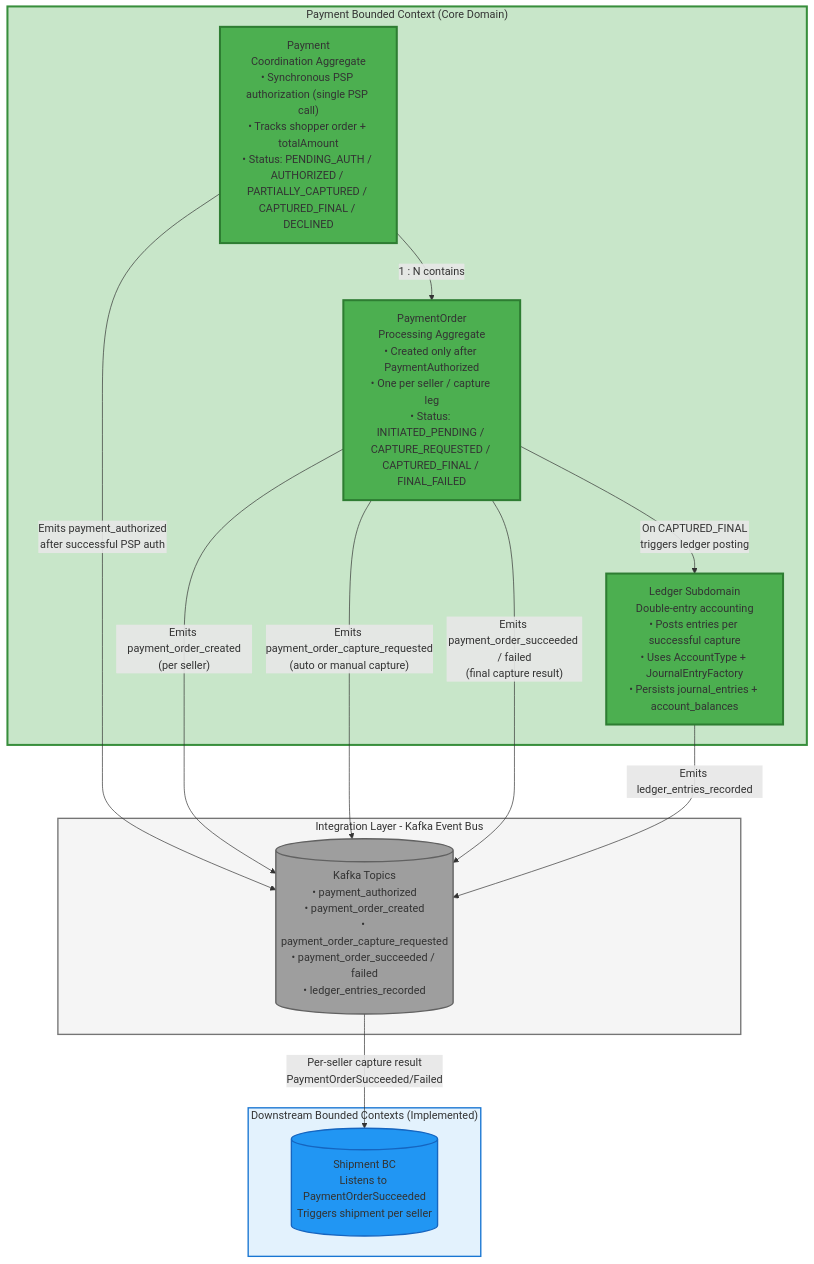
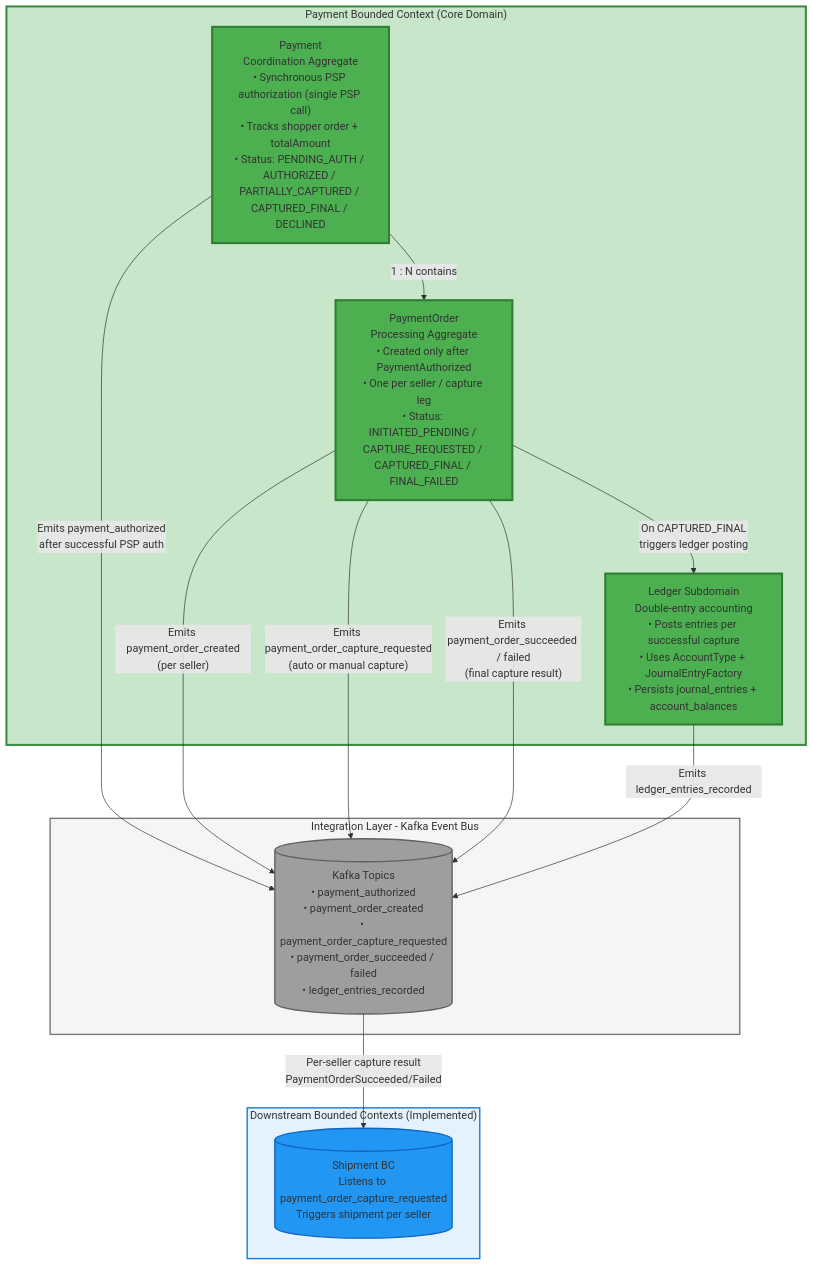
One commit to dcaglar/ecommerce-platform-kotlin changed the second of 10 diagrams in docs/architecture-internal-reader.md. Above: the diagram before and after it, drawn with Mermaid. The commit also changed other lines of this file, not shown here.

````diff
--- a/docs/architecture-internal-reader.md
+++ b/docs/architecture-internal-reader.md
@@ -89,42 +303,42 @@
 ```mermaid
 %%{init:{'theme':'default','flowchart':{'nodeSpacing':50,'rankSpacing':60}}}%%
 flowchart TB
     classDef payment fill:#4CAF50,stroke:#2E7D32,stroke-width:3px;
     classDef downstream fill:#2196F3,stroke:#1565C0,stroke-width:2px;
     classDef infrastructure fill:#9E9E9E,stroke:#616161,stroke-width:2px;
     
     subgraph Payment_BC["Payment Bounded Context (Core Domain)"]
         Payment_Agg["Payment<br/>Coordination Aggregate<br/>• Synchronous PSP authorization (single PSP call)<br/>• Tracks shopper order + totalAmount<br/>• Status: PENDING_AUTH / AUTHORIZED / PARTIALLY_CAPTURED / CAPTURED_FINAL / DECLINED"]:::payment
         
         PaymentOrder_Agg["PaymentOrder<br/>Processing Aggregate<br/>• Created only after PaymentAuthorized<br/>• One per seller / capture leg<br/>• Status: INITIATED_PENDING / CAPTURE_REQUESTED / CAPTURED_FINAL / FINAL_FAILED"]:::payment
         
         Ledger_Subdomain["Ledger Subdomain<br/>Double-entry accounting<br/>• Posts entries per successful capture<br/>• Uses AccountType + JournalEntryFactory<br/>• Persists journal_entries + account_balances"]:::payment
     end
 
     subgraph Integration["Integration Layer - Kafka Event Bus"]
         KAFKA[("Kafka Topics<br/>• payment_authorized<br/>• payment_order_created<br/>• payment_order_capture_requested<br/>• payment_order_succeeded / failed<br/>• ledger_entries_recorded")]:::infrastructure
     end
 
     subgraph Downstream_BCs["Downstream Bounded Contexts (Implemented)"]
-        Shipment_BC[("Shipment BC<br/>Listens to PaymentOrderSucceeded<br/>Triggers shipment per seller")]:::downstream
+        Shipment_BC[("Shipment BC<br/>Listens to payment_order_capture_requested<br/>Triggers shipment per seller")]:::downstream
     end
 
     %% Relationships inside Payment BC
     Payment_Agg -->|"1 : N contains"| PaymentOrder_Agg
     PaymentOrder_Agg -->|"On CAPTURED_FINAL<br/>triggers ledger posting"| Ledger_Subdomain
 
     %% Events out of Payment BC
     Payment_Agg -->|"Emits payment_authorized<br/>after successful PSP auth"| KAFKA
     PaymentOrder_Agg -->|"Emits payment_order_created<br/>(per seller)"| KAFKA
     PaymentOrder_Agg -->|"Emits payment_order_capture_requested<br/>(auto or manual capture)"| KAFKA
     PaymentOrder_Agg -->|"Emits payment_order_succeeded / failed<br/>(final capture result)"| KAFKA
     Ledger_Subdomain -->|"Emits ledger_entries_recorded"| KAFKA
     
     %% Downstream consumption
     KAFKA -->|"Per-seller capture result<br/>PaymentOrderSucceeded/Failed"| Shipment_BC
 
     %% Styling
     style Payment_BC fill:#C8E6C9,stroke:#388E3C,stroke-width:3px
     style Integration fill:#F5F5F5,stroke:#757575,stroke-width:2px
     style Downstream_BCs fill:#E3F2FD,stroke:#1976D2,stroke-width:2px
 ```
````
